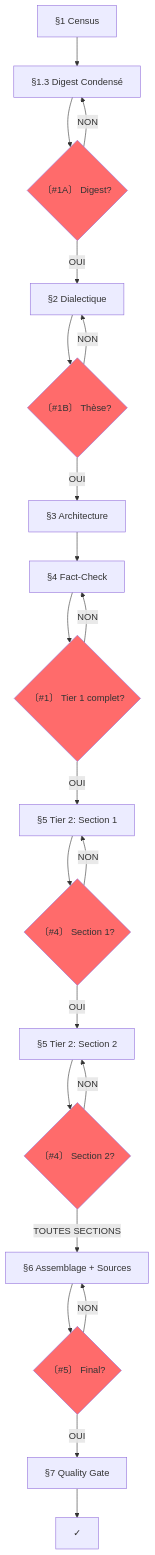
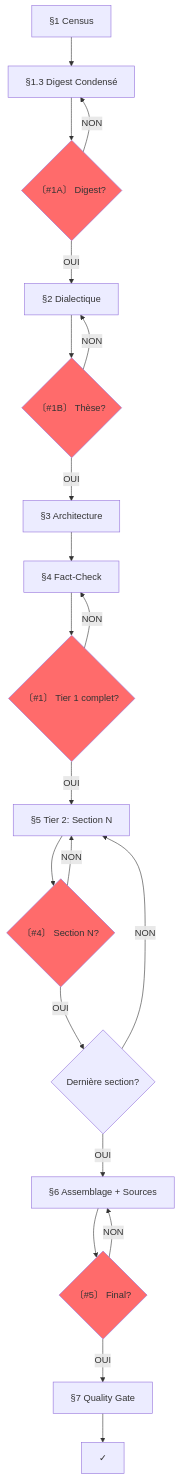
The diagram in tools/prompts/systems/SUBLIMATOR_v27.0.md (giak/Truth-engine), drawn with Mermaid before and after one commit. The commit also changed other lines of this file, not shown here.

````diff
--- a/tools/prompts/systems/SUBLIMATOR_v27.0.md
+++ b/tools/prompts/systems/SUBLIMATOR_v27.0.md
@@ -743,31 +769,29 @@
 ```mermaid
 graph TD
     A[§1 Census] --> B[§1.3 Digest Condensé]
     B --> C{〔#1A〕 Digest?}
     C -->|NON| B
     C -->|OUI| D[§2 Dialectique]
     D --> E{〔#1B〕 Thèse?}
     E -->|NON| D
     E -->|OUI| F[§3 Architecture]
     F --> G[§4 Fact-Check]
     G --> H{〔#1〕 Tier 1 complet?}
     H -->|NON| G
-    H -->|OUI| I[§5 Tier 2: Section 1]
-    I --> J{〔#4〕 Section 1?}
+    H -->|OUI| I[§5 Tier 2: Section N]
+    I --> J{〔#4〕 Section N?}
     J -->|NON| I
-    J -->|OUI| K[§5 Tier 2: Section 2]
-    K --> L{〔#4〕 Section 2?}
-    L -->|NON| K
-    L -->|TOUTES SECTIONS| M[§6 Assemblage + Sources]
-    M --> N{〔#5〕 Final?}
-    N -->|NON| M
-    N -->|OUI| O[§7 Quality Gate]
-    O --> P[✓]
+    J -->|OUI| K{Dernière section?}
+    K -->|NON| I
+    K -->|OUI| L[§6 Assemblage + Sources]
+    L --> M{〔#5〕 Final?}
+    M -->|NON| L
+    M -->|OUI| N[§7 Quality Gate]
+    N --> O[✓]
 
     style C fill:#ff6b6b
     style E fill:#ff6b6b
     style H fill:#ff6b6b
     style J fill:#ff6b6b
-    style L fill:#ff6b6b
-    style N fill:#ff6b6b
+    style M fill:#ff6b6b
 ```
````
